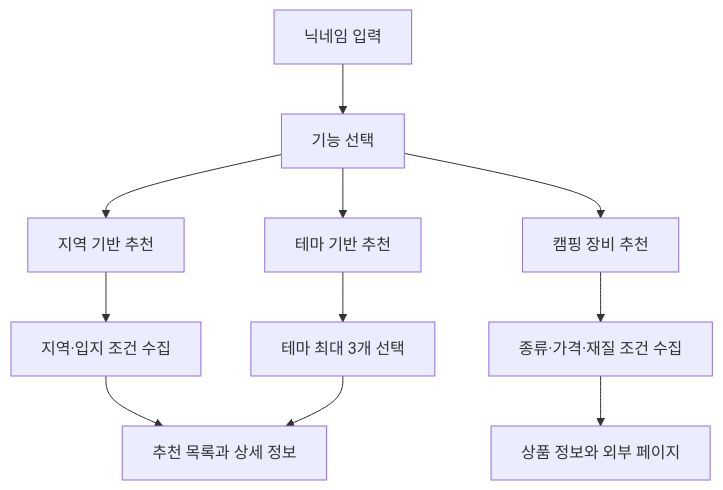
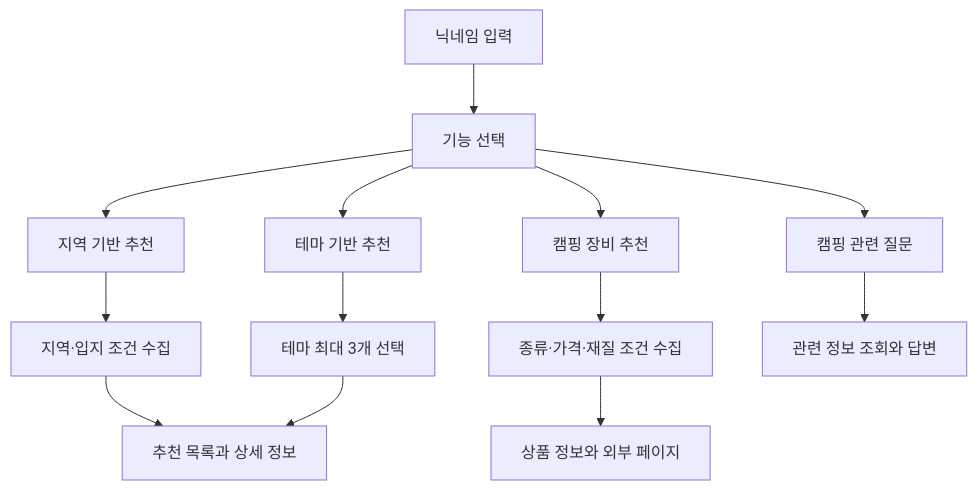
One commit to minjuko/2022capstone changed the first of 2 diagrams in README.md. Above: the diagram before and after it, drawn with Mermaid. The commit also changed other lines of this file, not shown here.

````diff
--- a/README.md
+++ b/README.md
@@ -44,13 +53,15 @@
 ```mermaid
 flowchart TD
     N[닉네임 입력] --> M[기능 선택]
     M --> R[지역 기반 추천]
     M --> T[테마 기반 추천]
     M --> E[캠핑 장비 추천]
+    M --> Q[캠핑 관련 질문]
     R --> RS[지역·입지 조건 수집]
     T --> TS[테마 최대 3개 선택]
     E --> ES[종류·가격·재질 조건 수집]
     RS --> C[추천 목록과 상세 정보]
     TS --> C
     ES --> P[상품 정보와 외부 페이지]
+    Q --> A[관련 정보 조회와 답변]
 ```
````
